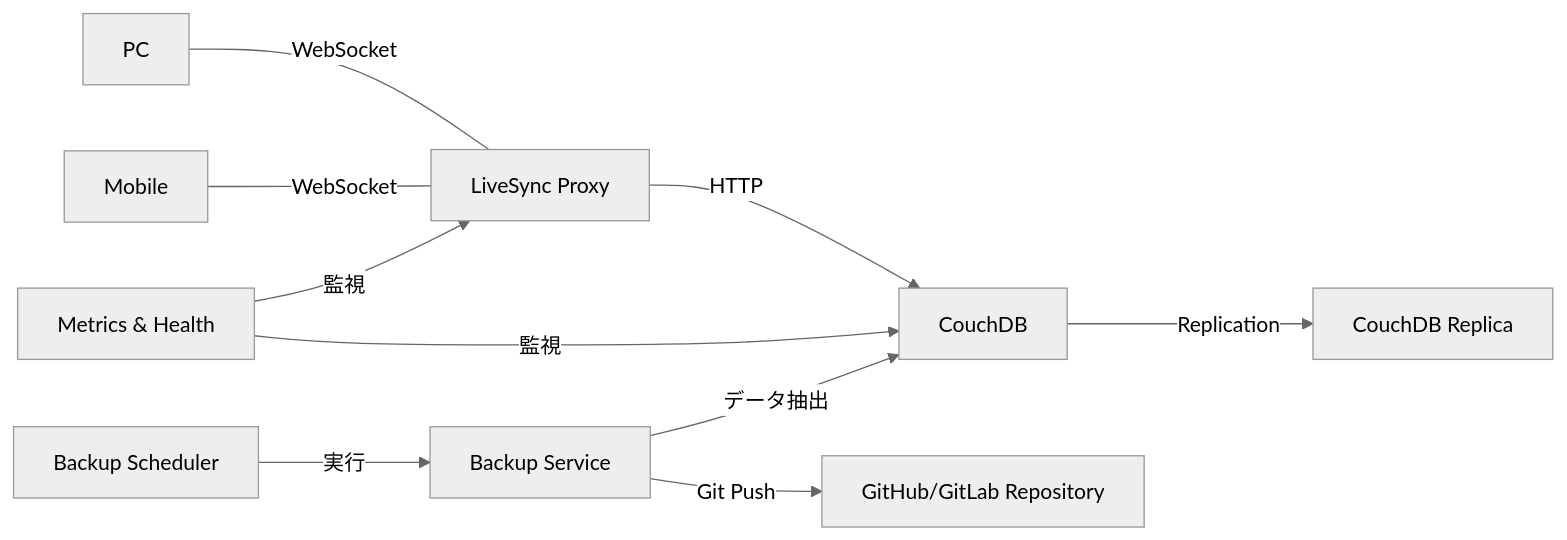
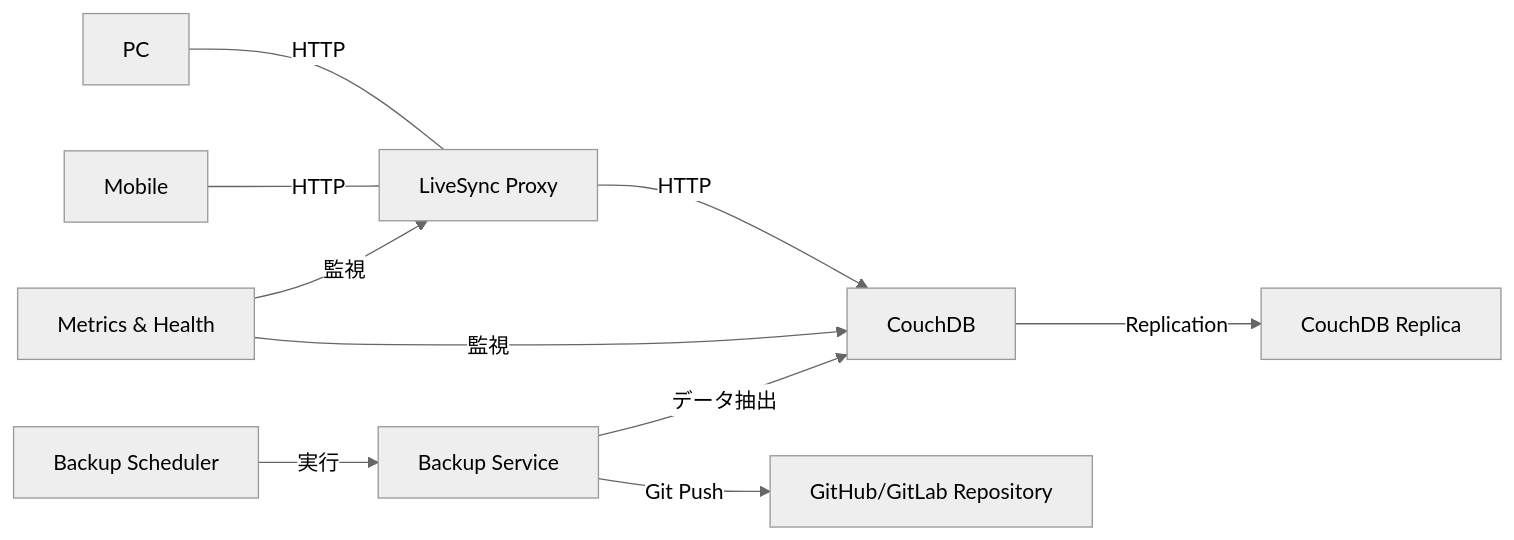
One commit to ystk-kai/obsidian-sync changed the diagram in docs/specification.md. Above: the diagram before and after it, drawn with Mermaid (neutral theme). The commit also changed other lines of this file and 21 other files, not shown here.

First line of the commit message:
Refactor LiveSync Proxy to use HTTP instead of WebSocket

````diff
--- a/docs/specification.md
+++ b/docs/specification.md
@@ -25,12 +25,12 @@
 ```mermaid
 flowchart LR
-  PC ---|WebSocket| Proxy[LiveSync Proxy]
-  Mobile ---|WebSocket| Proxy
+  PC ---|HTTP| Proxy[LiveSync Proxy]
+  Mobile ---|HTTP| Proxy
   Proxy -->|HTTP| CouchDB
   CouchDB -- Replication --> Replica[CouchDB Replica]
   Monitoring[Metrics & Health] -->|監視| Proxy
   Monitoring -->|監視| CouchDB
   Scheduler[Backup Scheduler] -->|実行| Backup[Backup Service]
   Backup -->|データ抽出| CouchDB
   Backup -->|Git Push| GitRepo[GitHub/GitLab Repository]
 ```
````
